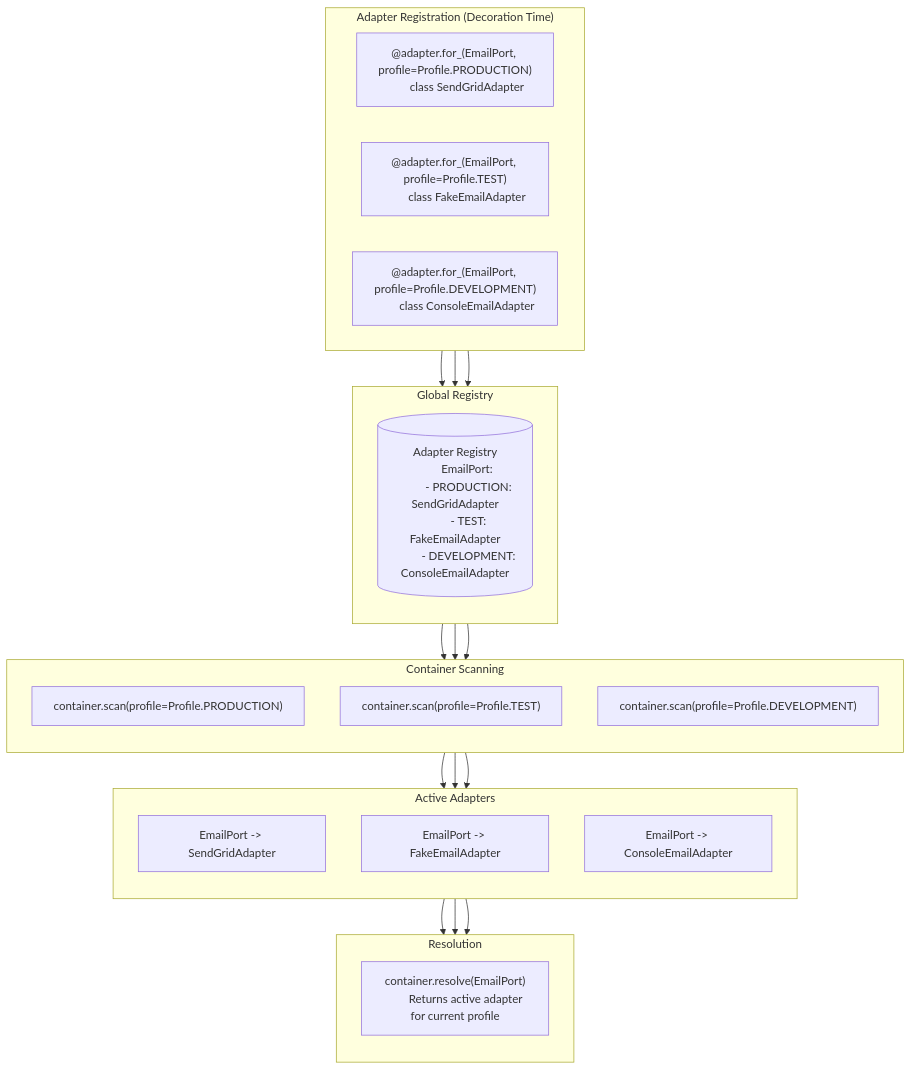
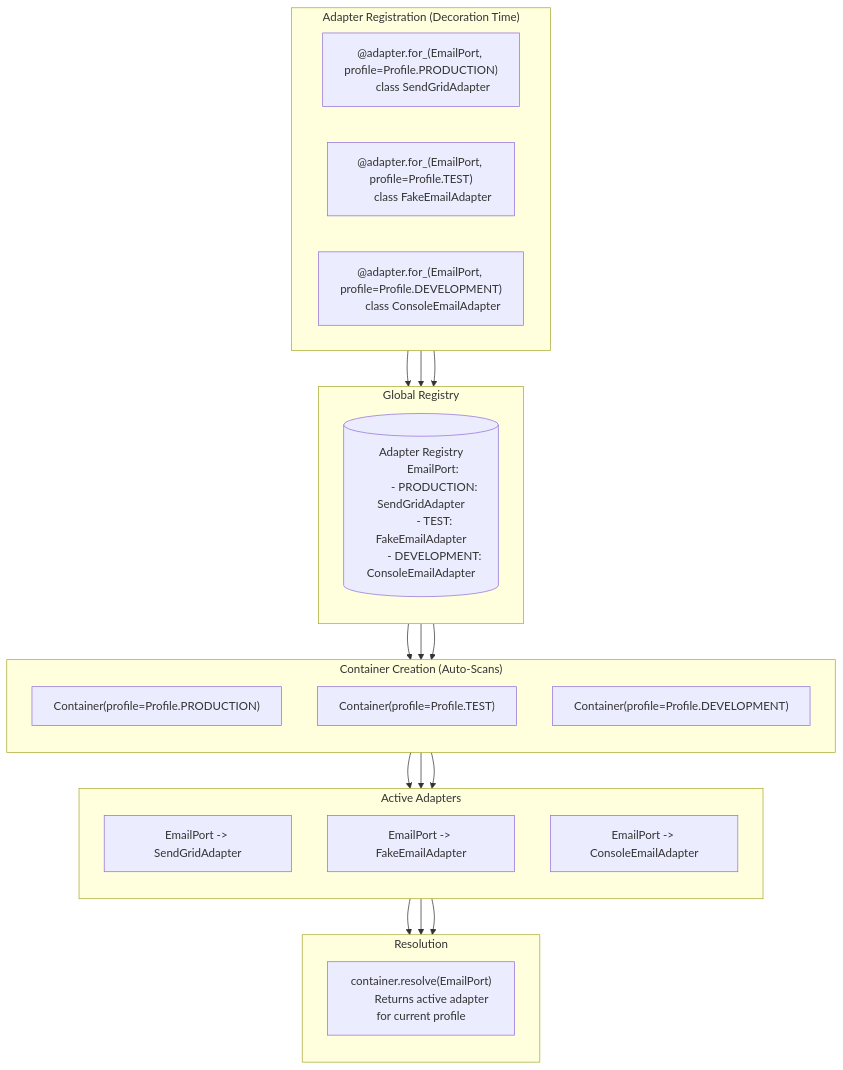
One commit to mikelane/dioxide changed the second of 5 diagrams in docs/user_guide/architecture.md. Above: the diagram before and after it, drawn with Mermaid. The commit also changed other lines of this file, not shown here.

Commit message:
docs: update architecture docs to use Container(profile=...) API

````diff
--- a/docs/user_guide/architecture.md
+++ b/docs/user_guide/architecture.md
@@ -99,57 +99,57 @@
 ```{mermaid}
 flowchart TB
     subgraph REGISTRATION["Adapter Registration (Decoration Time)"]
         direction LR
         A1["@adapter.for_(EmailPort, profile=Profile.PRODUCTION)
         class SendGridAdapter"]
         A2["@adapter.for_(EmailPort, profile=Profile.TEST)
         class FakeEmailAdapter"]
         A3["@adapter.for_(EmailPort, profile=Profile.DEVELOPMENT)
         class ConsoleEmailAdapter"]
     end
 
     subgraph REGISTRY["Global Registry"]
         direction TB
         REG[("Adapter Registry
         EmailPort:
           - PRODUCTION: SendGridAdapter
           - TEST: FakeEmailAdapter
           - DEVELOPMENT: ConsoleEmailAdapter")]
     end
 
-    subgraph SCANNING["Container Scanning"]
+    subgraph SCANNING["Container Creation (Auto-Scans)"]
         direction TB
-        SCAN_PROD["container.scan(profile=Profile.PRODUCTION)"]
-        SCAN_TEST["container.scan(profile=Profile.TEST)"]
-        SCAN_DEV["container.scan(profile=Profile.DEVELOPMENT)"]
+        SCAN_PROD["Container(profile=Profile.PRODUCTION)"]
+        SCAN_TEST["Container(profile=Profile.TEST)"]
+        SCAN_DEV["Container(profile=Profile.DEVELOPMENT)"]
     end
 
     subgraph ACTIVATION["Active Adapters"]
         direction TB
         ACT_PROD["EmailPort -> SendGridAdapter"]
         ACT_TEST["EmailPort -> FakeEmailAdapter"]
         ACT_DEV["EmailPort -> ConsoleEmailAdapter"]
     end
 
     subgraph RESOLUTION["Resolution"]
         direction TB
         RES["container.resolve(EmailPort)
         Returns active adapter for current profile"]
     end
 
     A1 --> REG
     A2 --> REG
     A3 --> REG
 
     REG --> SCAN_PROD
     REG --> SCAN_TEST
     REG --> SCAN_DEV
 
     SCAN_PROD --> ACT_PROD
     SCAN_TEST --> ACT_TEST
     SCAN_DEV --> ACT_DEV
 
     ACT_PROD --> RES
     ACT_TEST --> RES
     ACT_DEV --> RES
 ```
````
